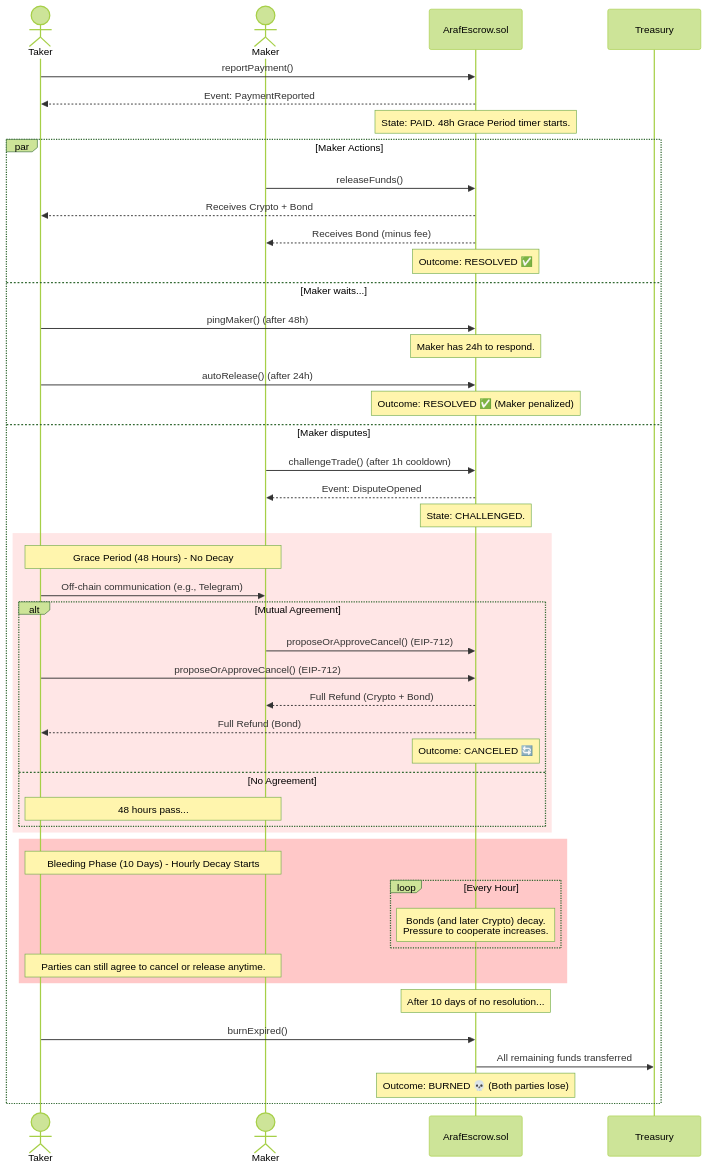
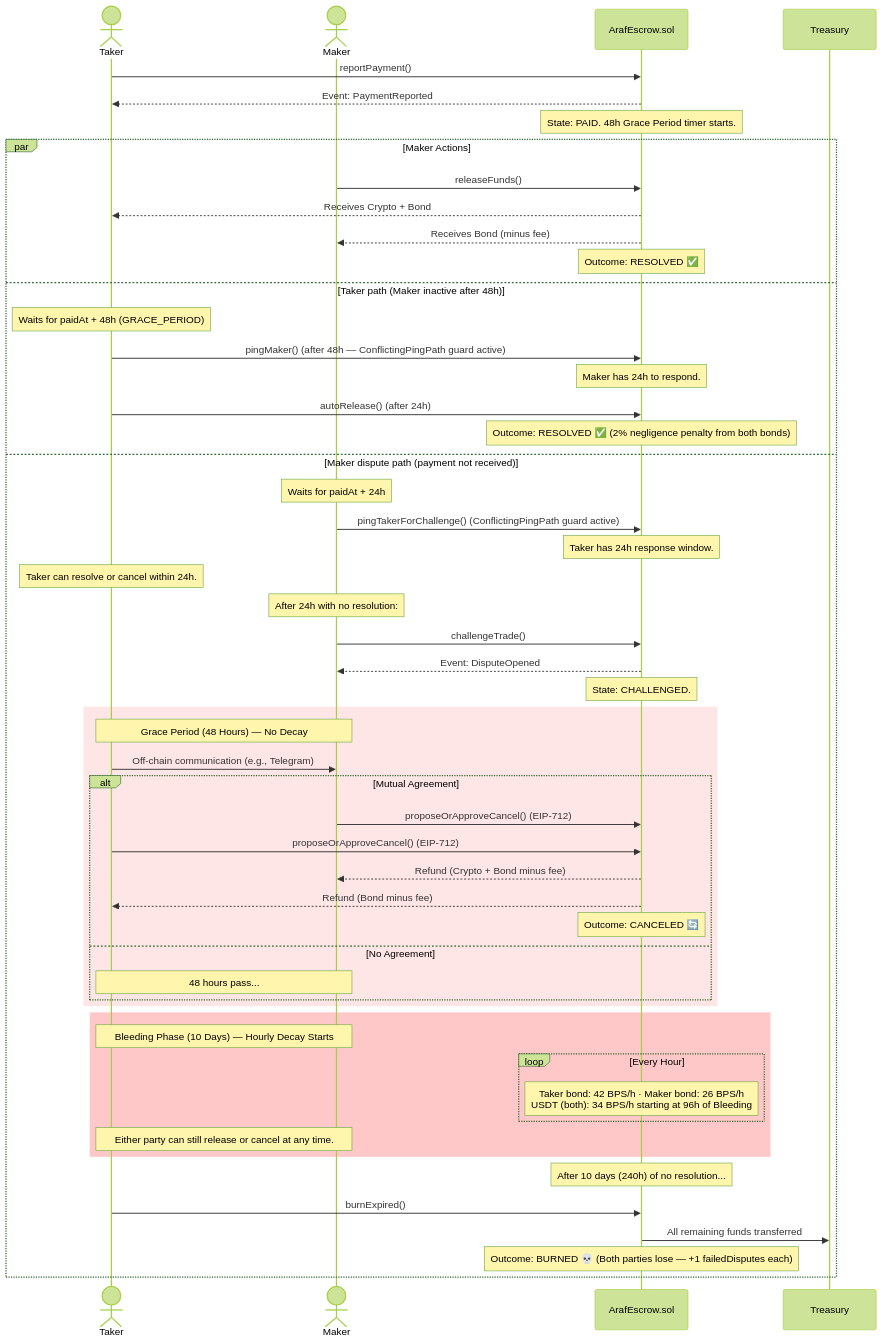
The diagram in docs/GAME_THEORY.md (MyDemir/Araf-Protokol), drawn with Mermaid (forest theme) before and after one commit. The commit also changed other lines of this file, not shown here.

````diff
--- a/docs/GAME_THEORY.md
+++ b/docs/GAME_THEORY.md
@@ -11,55 +12,63 @@
 ```mermaid
 sequenceDiagram
     actor Taker
     actor Maker
     participant Contract as ArafEscrow.sol
     participant Treasury
 
     Taker->>Contract: reportPayment()
     Contract-->>Taker: Event: PaymentReported
     note over Contract: State: PAID. 48h Grace Period timer starts.
 
     par Maker Actions
         Maker->>Contract: releaseFunds()
         Contract-->>Taker: Receives Crypto + Bond
         Contract-->>Maker: Receives Bond (minus fee)
         note over Contract: Outcome: RESOLVED ✅
-    and Maker waits...
-        Taker->>Contract: pingMaker() (after 48h)
+
+    and Taker path (Maker inactive after 48h)
+        note over Taker: Waits for paidAt + 48h (GRACE_PERIOD)
+        Taker->>Contract: pingMaker() (after 48h — ConflictingPingPath guard active)
         note over Contract: Maker has 24h to respond.
         Taker->>Contract: autoRelease() (after 24h)
-        note over Contract: Outcome: RESOLVED ✅ (Maker penalized)
-    and Maker disputes
-        Maker->>Contract: challengeTrade() (after 1h cooldown)
+        note over Contract: Outcome: RESOLVED ✅ (2% negligence penalty from both bonds)
+
+    and Maker dispute path (payment not received)
+        note over Maker: Waits for paidAt + 24h
+        Maker->>Contract: pingTakerForChallenge() (ConflictingPingPath guard active)
+        note over Contract: Taker has 24h response window.
+        note over Taker: Taker can resolve or cancel within 24h.
+        note over Maker: After 24h with no resolution:
+        Maker->>Contract: challengeTrade()
         Contract-->>Maker: Event: DisputeOpened
         note over Contract: State: CHALLENGED.
 
         rect rgb(255, 230, 230)
-            note over Taker, Maker: Grace Period (48 Hours) - No Decay
+            note over Taker, Maker: Grace Period (48 Hours) — No Decay
             Taker->>Maker: Off-chain communication (e.g., Telegram)
             alt Mutual Agreement
                 Maker->>Contract: proposeOrApproveCancel() (EIP-712)
                 Taker->>Contract: proposeOrApproveCancel() (EIP-712)
-                Contract-->>Maker: Full Refund (Crypto + Bond)
-                Contract-->>Taker: Full Refund (Bond)
+                Contract-->>Maker: Refund (Crypto + Bond minus fee)
+                Contract-->>Taker: Refund (Bond minus fee)
                 note over Contract: Outcome: CANCELED 🔄
             else No Agreement
                 note over Taker, Maker: 48 hours pass...
             end
         end
 
         rect rgb(255, 200, 200)
-            note over Taker, Maker: Bleeding Phase (10 Days) - Hourly Decay Starts
+            note over Taker, Maker: Bleeding Phase (10 Days) — Hourly Decay Starts
             loop Every Hour
-                note over Contract: Bonds (and later Crypto) decay. <br/> Pressure to cooperate increases.
+                note over Contract: Taker bond: 42 BPS/h · Maker bond: 26 BPS/h<br/>USDT (both): 34 BPS/h starting at 96h of Bleeding
             end
-            note over Taker, Maker: Parties can still agree to cancel or release anytime.
+            note over Taker, Maker: Either party can still release or cancel at any time.
         end
 
-        note over Contract: After 10 days of no resolution...
+        note over Contract: After 10 days (240h) of no resolution...
         Taker->>Contract: burnExpired()
         Contract->>Treasury: All remaining funds transferred
-        note over Contract: Outcome: BURNED 💀 (Both parties lose)
+        note over Contract: Outcome: BURNED 💀 (Both parties lose — +1 failedDisputes each)
 
     end
 ```
````
